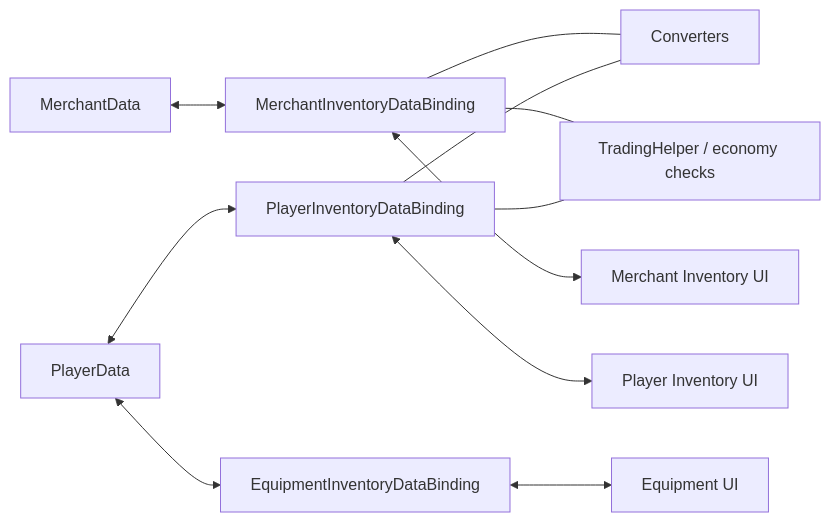
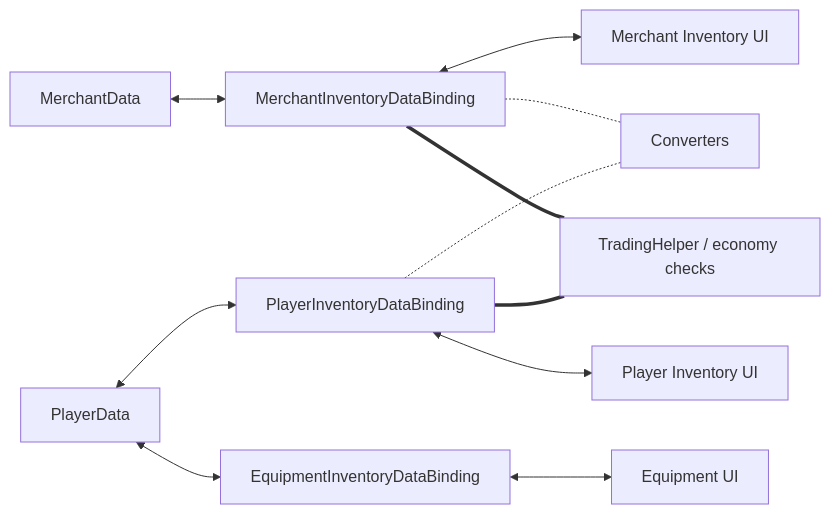
The diagram in .docs/content/examples/demo4-trading.en.md (SergeevSergey99/DragAndDropSystem-Docs), drawn with Mermaid before and after one commit. The commit also changed 1 other file, not shown here.

Commit message:
правки графа

````diff
--- a/.docs/content/examples/demo4-trading.en.md
+++ b/.docs/content/examples/demo4-trading.en.md
@@ -46,13 +46,13 @@
 ```mermaid
 flowchart LR
     MerchantData["MerchantData"] <--> MerchantBinding["MerchantInventoryDataBinding"]
+    MerchantBinding <--> MerchantUI["Merchant Inventory UI"]
     PlayerData["PlayerData"] <--> PlayerBinding["PlayerInventoryDataBinding"]
     PlayerData <--> EquipmentBinding["EquipmentInventoryDataBinding"]
-    MerchantBinding --- Converters["Converters"]
-    PlayerBinding --- Converters
-    MerchantBinding --- Domain["TradingHelper / economy checks"]
-    PlayerBinding --- Domain
-    MerchantBinding <--> MerchantUI["Merchant Inventory UI"]
+    MerchantBinding -.- Converters["Converters"]
+    PlayerBinding -.- Converters
+    MerchantBinding === Domain["TradingHelper / economy checks"]
+    PlayerBinding === Domain
     PlayerBinding <--> PlayerUI["Player Inventory UI"]
     EquipmentBinding <--> EquipUI["Equipment UI"]
 ```
````
